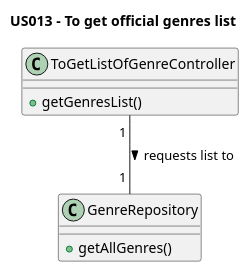
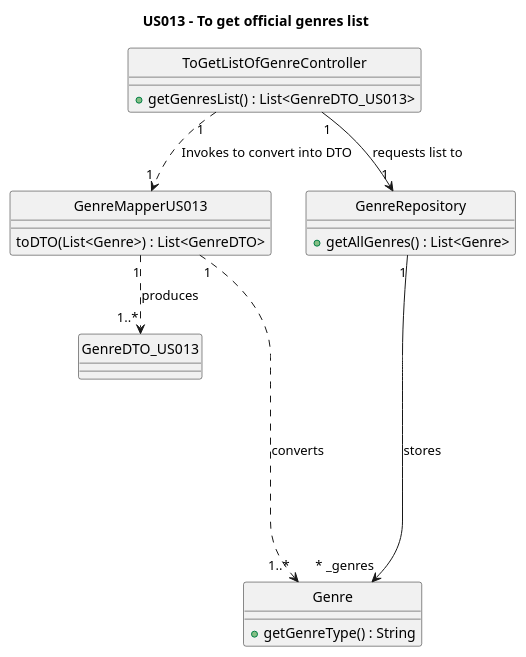
Before and after one commit to AndrePereiraGitH/SWitCH-Project-Team_A: the diagram in Diagrams/ClassDiagrams/US013-to-get-official-genres-list.puml, drawn with PlantUML. The commit also changed 1 other file, not shown here.

```diff
--- a/Diagrams/ClassDiagrams/US013-to-get-official-genres-list.puml
+++ b/Diagrams/ClassDiagrams/US013-to-get-official-genres-list.puml
@@ -1,16 +1,32 @@
 @startuml
+hide circle
+
 title US013 - To get official genres list
 
 class ToGetListOfGenreController {
-  +getGenresList()
+  +getGenresList() : List<GenreDTO_US013>
+}
+
+class GenreMapperUS013 {
+    toDTO(List<Genre>) : List<GenreDTO>
+}
+
+class GenreDTO_US013 {
 }
 
 class GenreRepository {
-  +getAllGenres()
+  +getAllGenres() : List<Genre>
+}
+
+class Genre {
+    +getGenreType() : String
 }
 
 ' Interactions
-
-ToGetListOfGenreController "1 " -- "1 " GenreRepository : requests list to >
+ToGetListOfGenreController "1"..> "1" GenreMapperUS013 : Invokes to convert into DTO
+ToGetListOfGenreController "1"--> "1" GenreRepository : requests list to
+GenreMapperUS013 "1"..> "1..*" GenreDTO_US013 : produces
+GenreMapperUS013 "1"..> "1..*" Genre : converts
+GenreRepository "1"-----> "   * _genres" Genre : stores
 
 @enduml
```
